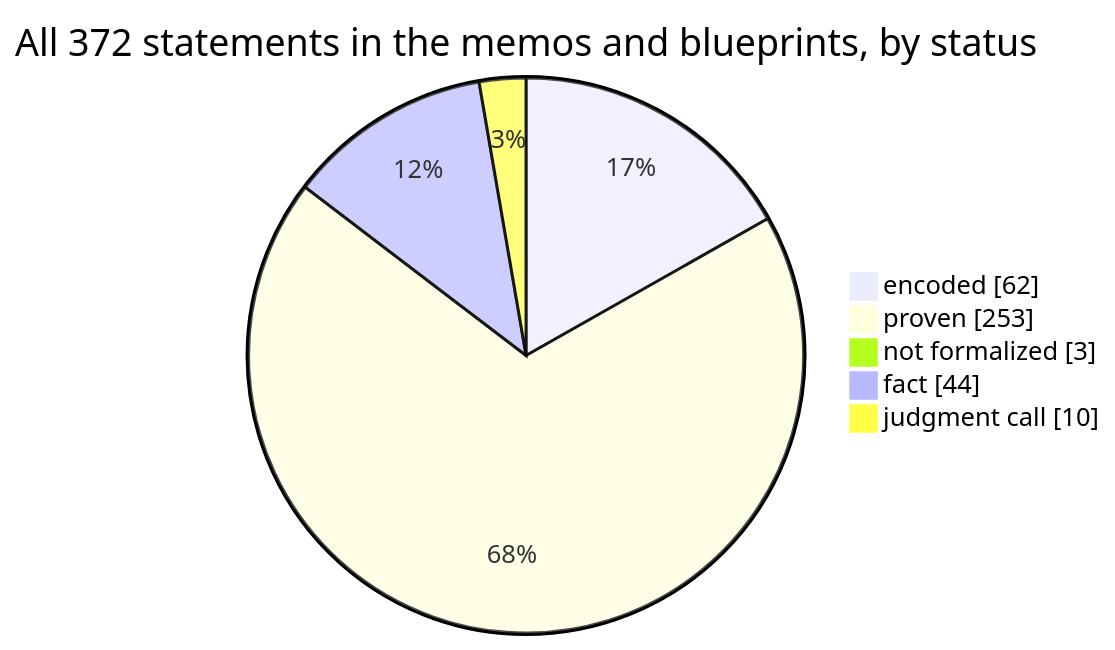
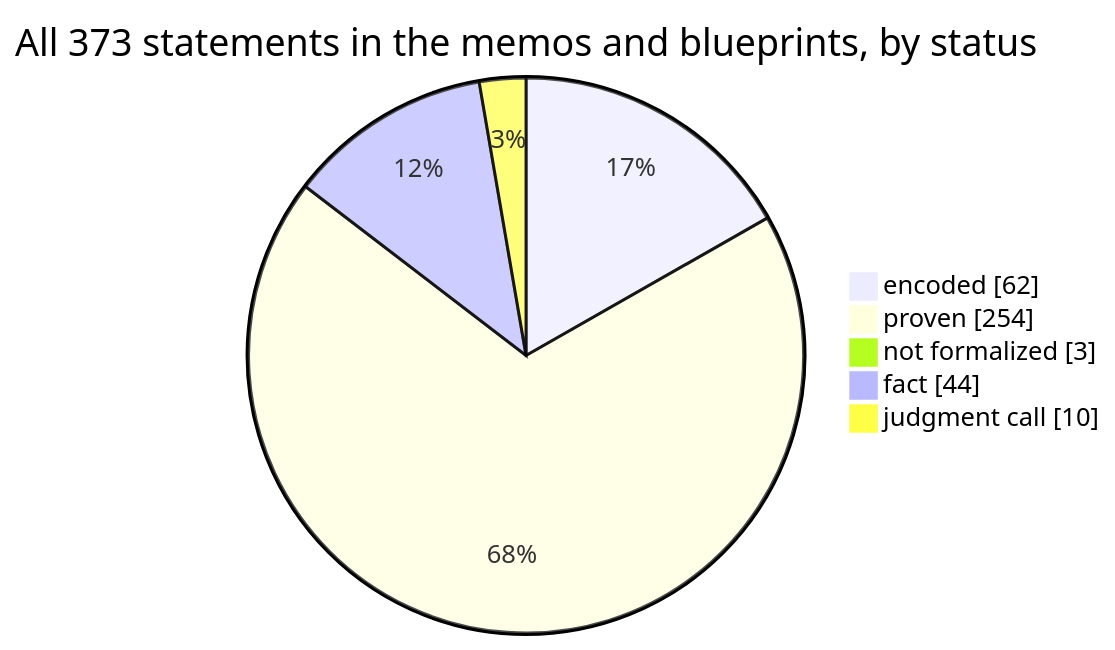
One commit to SeanWMurray/Canteen changed the first of 4 diagrams in docs/graphs/dashboard.md. Above: the diagram before and after it, drawn with Mermaid. The commit also changed other lines of this file and 14 other files, not shown here.

````diff
--- a/docs/graphs/dashboard.md
+++ b/docs/graphs/dashboard.md
@@ -11,8 +11,8 @@
 ```mermaid
-pie showData title All 372 statements in the memos and blueprints, by status
+pie showData title All 373 statements in the memos and blueprints, by status
     "encoded" : 62
-    "proven" : 253
+    "proven" : 254
     "not formalized" : 3
     "fact" : 44
     "judgment call" : 10
 ```
````
